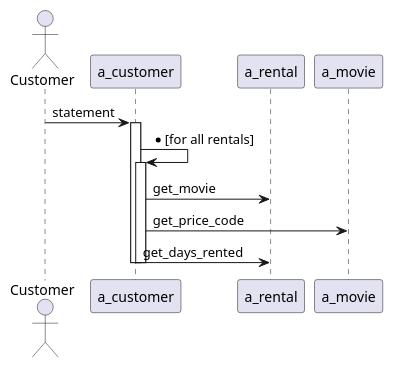
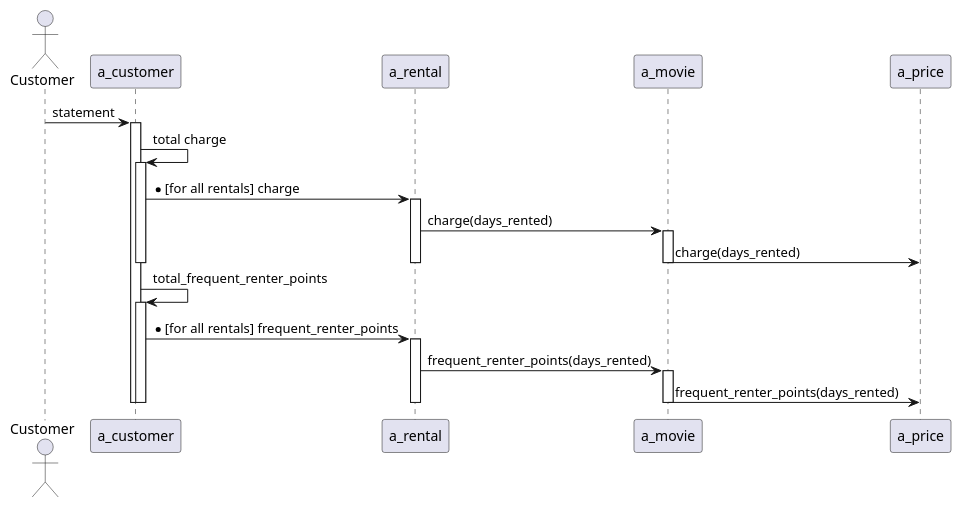
One commit to k2works/etude_op10_no10 changed the diagram in docs/dev/diagrams/video_rental/customer#statement.puml. Above: the diagram before and after it, drawn with PlantUML. The commit also changed 3 other files, not shown here.

```diff
--- a/docs/dev/diagrams/video_rental/customer#statement.puml
+++ b/docs/dev/diagrams/video_rental/customer#statement.puml
@@ -1,14 +1,28 @@
 @startuml
 actor Customer
 
 Customer -> a_customer: statement
     activate a_customer
-      a_customer -> a_customer: *[for all rentals]
+      a_customer -> a_customer: total charge
       activate a_customer
-        a_customer -> a_rental:get_movie
-        a_customer -> a_movie:get_price_code
-        a_customer -> a_rental:get_days_rented
+        a_customer -> a_rental:*[for all rentals] charge
+        activate a_rental
+           a_rental -> a_movie: charge(days_rented)
+           activate a_movie
+             a_movie -> a_price: charge(days_rented)
+           deactivate a_movie
+        deactivate a_rental
+      deactivate a_customer
+      a_customer -> a_customer: total_frequent_renter_points
+      activate a_customer
+        a_customer -> a_rental:*[for all rentals] frequent_renter_points
+        activate a_rental
+           a_rental -> a_movie: frequent_renter_points(days_rented)
+           activate a_movie
+             a_movie -> a_price: frequent_renter_points(days_rented)
+           deactivate a_movie
+        deactivate a_rental
       deactivate a_customer
     deactivate a_customer
 
 @enduml
```
